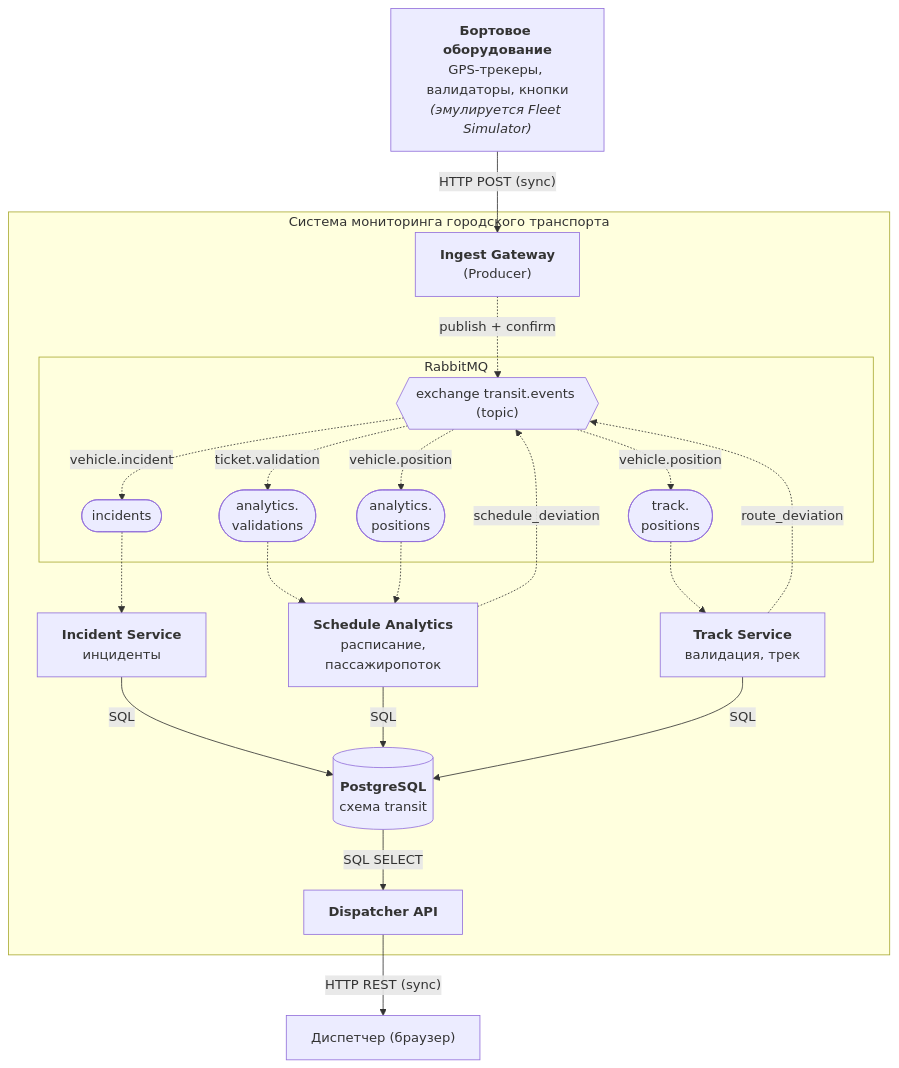
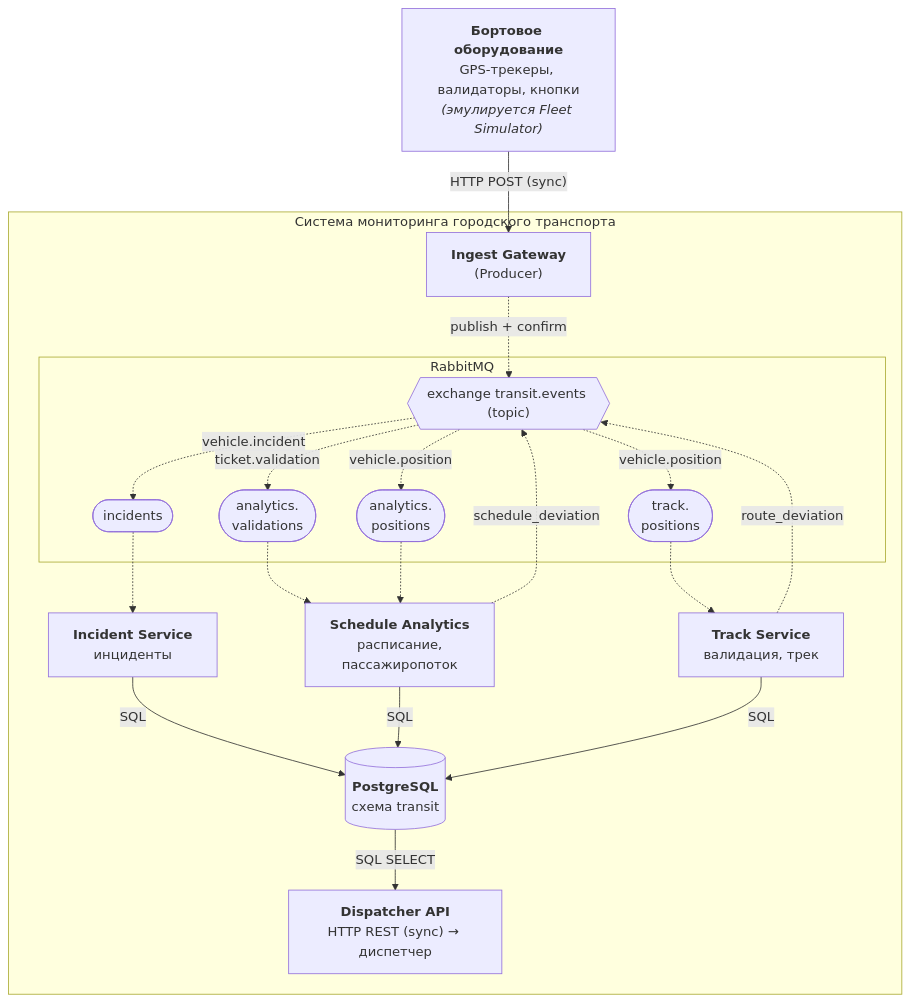
One commit to N1ghting4le/distributed-system changed the diagram in README.md. Above: the diagram before and after it, drawn with Mermaid. The commit also changed 3 other files, not shown here.

Commit message:
Диаграмма архитектуры: компактная раскладка без отдельного узла диспетчера

````diff
--- a/README.md
+++ b/README.md
@@ -11,39 +11,37 @@
 ```mermaid
 flowchart TB
     SIM["<b>Бортовое оборудование</b><br/>GPS-трекеры, валидаторы, кнопки<br/><i>(эмулируется Fleet Simulator)</i>"]
 
     subgraph SYS["Система мониторинга городского транспорта"]
         GW["<b>Ingest Gateway</b><br/>(Producer)"]
         subgraph MQ["RabbitMQ"]
             EX{{"exchange transit.events (topic)"}}
             Q4(["incidents"])
             Q3(["analytics.<br/>validations"])
             Q2(["analytics.<br/>positions"])
             Q1(["track.<br/>positions"])
         end
         IS["<b>Incident Service</b><br/>инциденты"]
         AS["<b>Schedule Analytics</b><br/>расписание,<br/>пассажиропоток"]
         TS["<b>Track Service</b><br/>валидация, трек"]
         DB[("<b>PostgreSQL</b><br/>схема transit")]
-        API["<b>Dispatcher API</b>"]
+        API["<b>Dispatcher API</b><br/>HTTP REST (sync) → диспетчер"]
     end
-    DISP["Диспетчер (браузер)"]
 
     SIM -- "HTTP POST (sync)" --> GW
     GW -. "publish + confirm" .-> EX
     EX -. "vehicle.incident" .-> Q4
     EX -. "ticket.validation" .-> Q3
     EX -. "vehicle.position" .-> Q2
     EX -. "vehicle.position" .-> Q1
     Q4 -.-> IS
     Q3 -.-> AS
     Q2 -.-> AS
     Q1 -.-> TS
     AS -. "schedule_deviation" .-> EX
     TS -. "route_deviation" .-> EX
     IS -- "SQL" --> DB
     AS -- "SQL" --> DB
     TS -- "SQL" --> DB
     DB -- "SQL SELECT" --> API
-    API -- "HTTP REST (sync)" --> DISP
 ```
````
